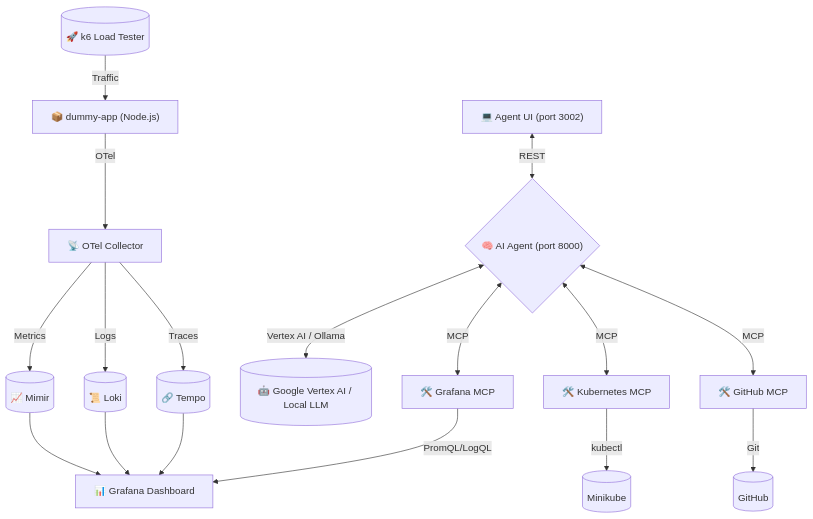
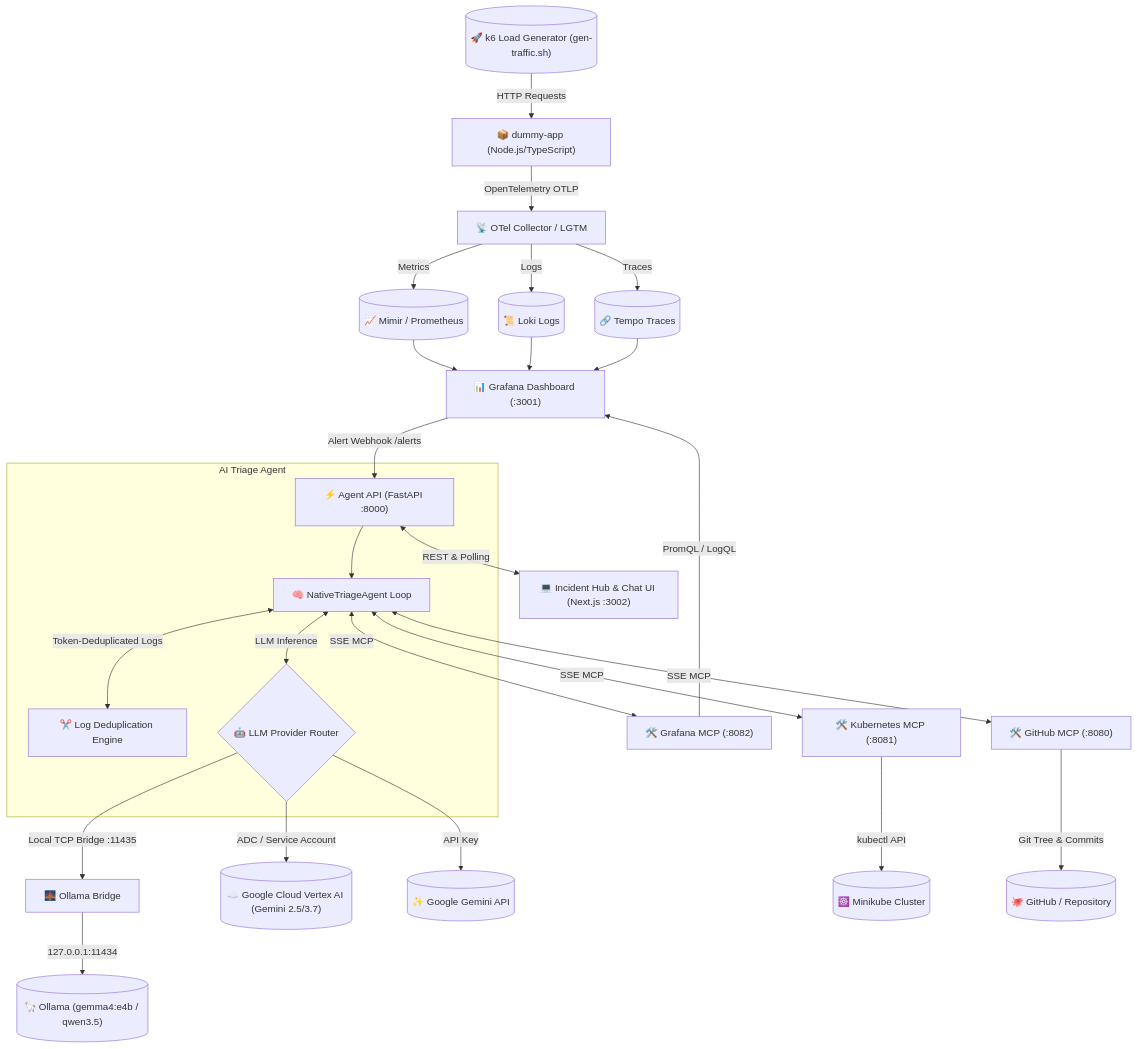
One commit to h4k5r/triage-agent changed the diagram in README.md. Above: the diagram before and after it, drawn with Mermaid. The commit also changed other lines of this file and 13 other files, not shown here.

Commit message:
add gemma4 and graphify

````diff
--- a/README.md
+++ b/README.md
@@ -9,28 +11,43 @@
 ```mermaid
 graph TD
-    %% Node.js Application & Traffic
-    k6[("🚀 k6 Load Tester")] -->|Traffic| app["📦 dummy-app (Node.js)"]
-    
+    %% Traffic & Load Generation
+    k6[("🚀 k6 Load Generator (gen-traffic.sh)")] -->|HTTP Requests| app["📦 dummy-app (Node.js/TypeScript)"]
+
     %% Observability Stack
-    app -->|OTel| otel["📡 OTel Collector"]
-    otel -->|Metrics| prom[("📈 Mimir")]
-    otel -->|Logs| loki[("📜 Loki")]
-    otel -->|Traces| tempo[("🔗 Tempo")]
-    prom --> grafana["📊 Grafana Dashboard"]
+    app -->|OpenTelemetry OTLP| otel["📡 OTel Collector / LGTM"]
+    otel -->|Metrics| mimir[("📈 Mimir / Prometheus")]
+    otel -->|Logs| loki[("📜 Loki Logs")]
+    otel -->|Traces| tempo[("🔗 Tempo Traces")]
+    mimir --> grafana["📊 Grafana Dashboard (:3001)"]
     loki --> grafana
     tempo --> grafana
-    
-    %% AI Agent & UI
-    ui["💻 Agent UI (port 3002)"] <-->|REST| agent{"🧠 AI Agent (port 8000)"}
-    agent <-->|Vertex AI / Ollama| llm[("🤖 Google Vertex AI / Local LLM")]
-    
-    %% MCP Servers
-    agent <-->|MCP| mcp_grafana["🛠️ Grafana MCP"]
-    agent <-->|MCP| mcp_k8s["🛠️ Kubernetes MCP"]
-    agent <-->|MCP| mcp_github["🛠️ GitHub MCP"]
-    
-    %% Interactions
-    mcp_grafana -->|PromQL/LogQL| grafana
-    mcp_k8s -->|kubectl| minikube[(Minikube)]
-    mcp_github -->|Git| github[(GitHub)]
+
+    %% Alerting & Incident Trigger
+    grafana -->|Alert Webhook /alerts| agent_api["⚡ Agent API (FastAPI :8000)"]
+
+    %% AI Agent Core
+    subgraph "AI Triage Agent"
+        agent_api --> agent_loop["🧠 NativeTriageAgent Loop"]
+        agent_loop <-->|Token-Deduplicated Logs| dedup["✂️ Log Deduplication Engine"]
+        agent_loop <-->|LLM Inference| llm_router{"🤖 LLM Provider Router"}
+    end
+
+    %% LLM Providers
+    llm_router -->|Local TCP Bridge :11435| bridge["🌉 Ollama Bridge"]
+    bridge -->|127.0.0.1:11434| ollama[("🦙 Ollama (gemma4:e4b / qwen3.5)")]
+    llm_router -->|ADC / Service Account| vertex[("☁️ Google Cloud Vertex AI (Gemini 2.5/3.7)")]
+    llm_router -->|API Key| gemini[("✨ Google Gemini API")]
+
+    %% MCP Tool Servers
+    agent_loop <-->|SSE MCP| mcp_grafana["🛠️ Grafana MCP (:8082)"]
+    agent_loop <-->|SSE MCP| mcp_k8s["🛠️ Kubernetes MCP (:8081)"]
+    agent_loop <-->|SSE MCP| mcp_github["🛠️ GitHub MCP (:8080)"]
+
+    %% Targets
+    mcp_grafana -->|PromQL / LogQL| grafana
+    mcp_k8s -->|kubectl API| k8s_cluster[("☸️ Minikube Cluster")]
+    mcp_github -->|Git Tree & Commits| repo[("🐙 GitHub / Repository")]
+
+    %% User Interface
+    agent_api <-->|REST & Polling| ui["💻 Incident Hub & Chat UI (Next.js :3002)"]
 ```
````
